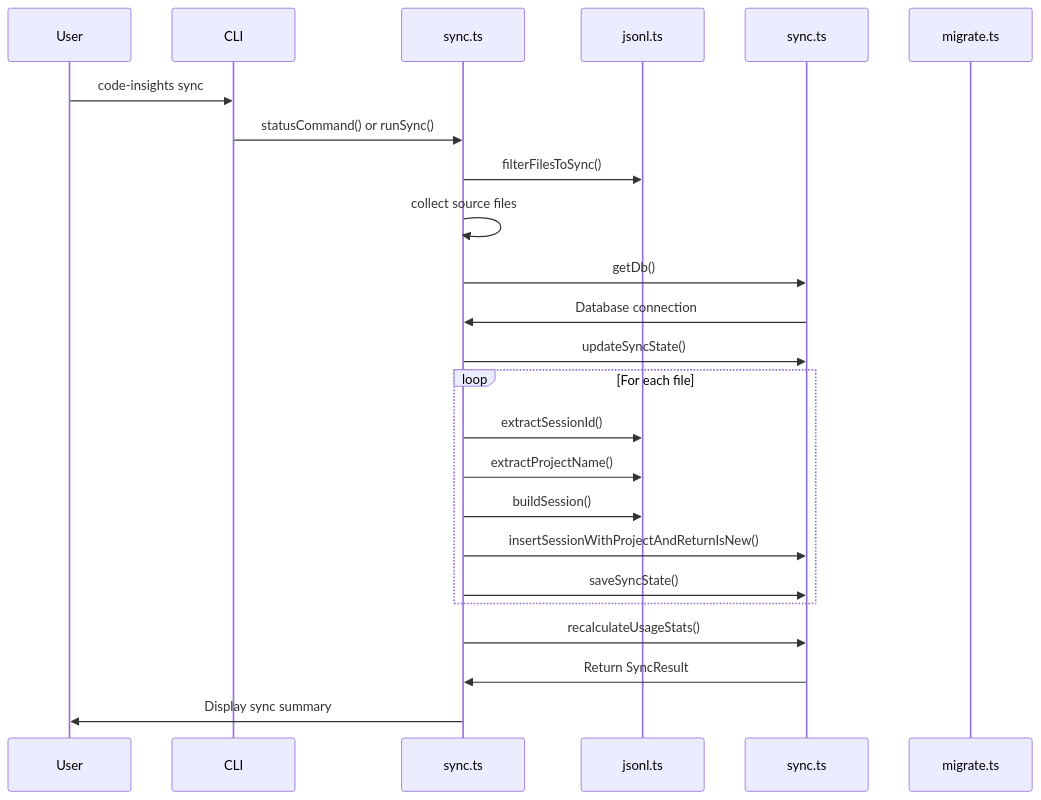
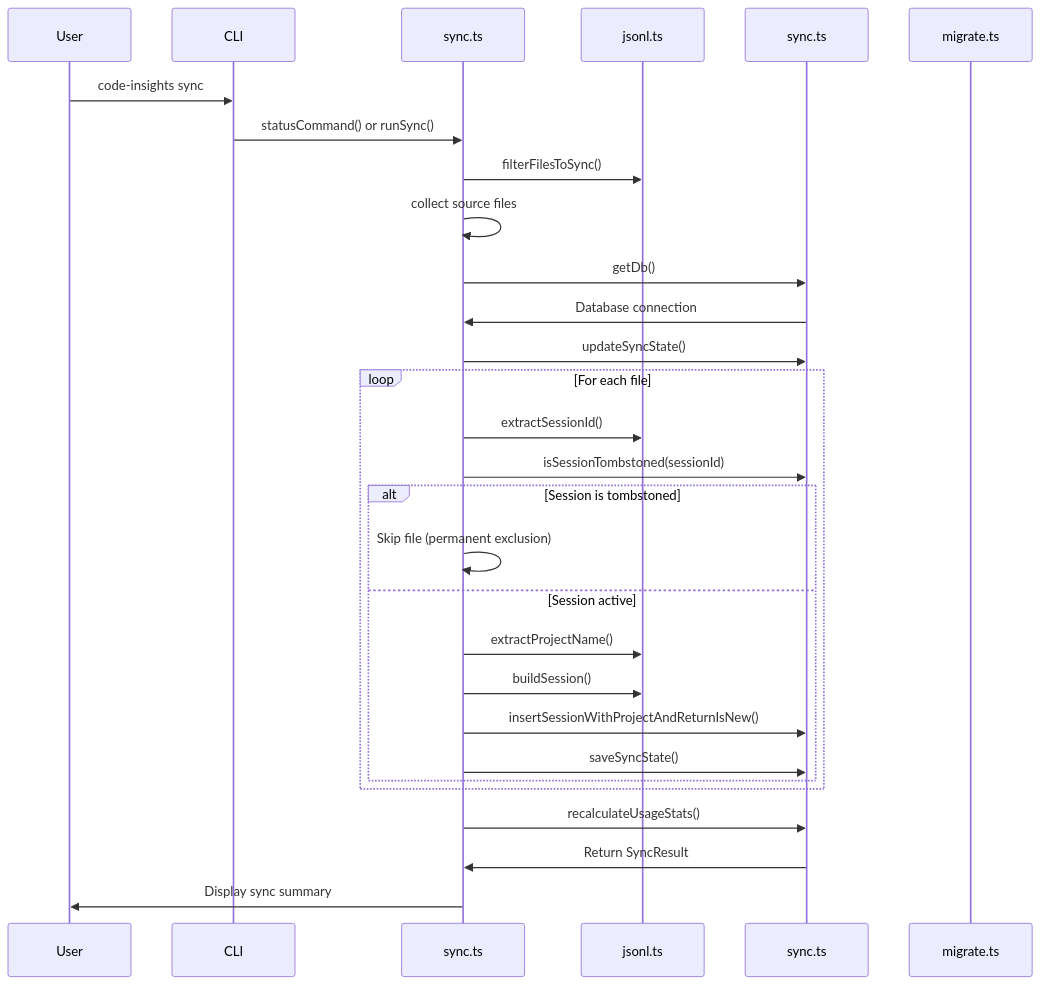
The second of 11 diagrams in docs/data-flow.md (b08x/code-insights), drawn with Mermaid before and after one commit. The commit also changed other lines of this file and 2 other files, not shown here.

First line of the commit message:
📝 docs: document zero-cost reprocessing and permanent tombstoning workflows

````diff
--- a/docs/data-flow.md
+++ b/docs/data-flow.md
@@ -46,27 +46,32 @@
 ```mermaid
 sequenceDiagram
     participant User
     participant CLI
     participant Sync as sync.ts
     participant Parser as jsonl.ts
     participant DB as sync.ts
     participant Migrate as migrate.ts
     
     User->>CLI: code-insights sync
     CLI->>Sync: statusCommand() or runSync()
     Sync->>Parser: filterFilesToSync()
     Sync->>Sync: collect source files
     Sync->>DB: getDb()
     DB->>Sync: Database connection
     Sync->>DB: updateSyncState()
     loop For each file
         Sync->>Parser: extractSessionId()
-        Sync->>Parser: extractProjectName()
-        Sync->>Parser: buildSession()
-        Sync->>DB: insertSessionWithProjectAndReturnIsNew()
-        Sync->>DB: saveSyncState()
+        Sync->>DB: isSessionTombstoned(sessionId)
+        alt Session is tombstoned
+            Sync->>Sync: Skip file (permanent exclusion)
+        else Session active
+            Sync->>Parser: extractProjectName()
+            Sync->>Parser: buildSession()
+            Sync->>DB: insertSessionWithProjectAndReturnIsNew()
+            Sync->>DB: saveSyncState()
+        end
     end
     Sync->>DB: recalculateUsageStats()
     DB->>Sync: Return SyncResult
     Sync->>User: Display sync summary
 ```
````
